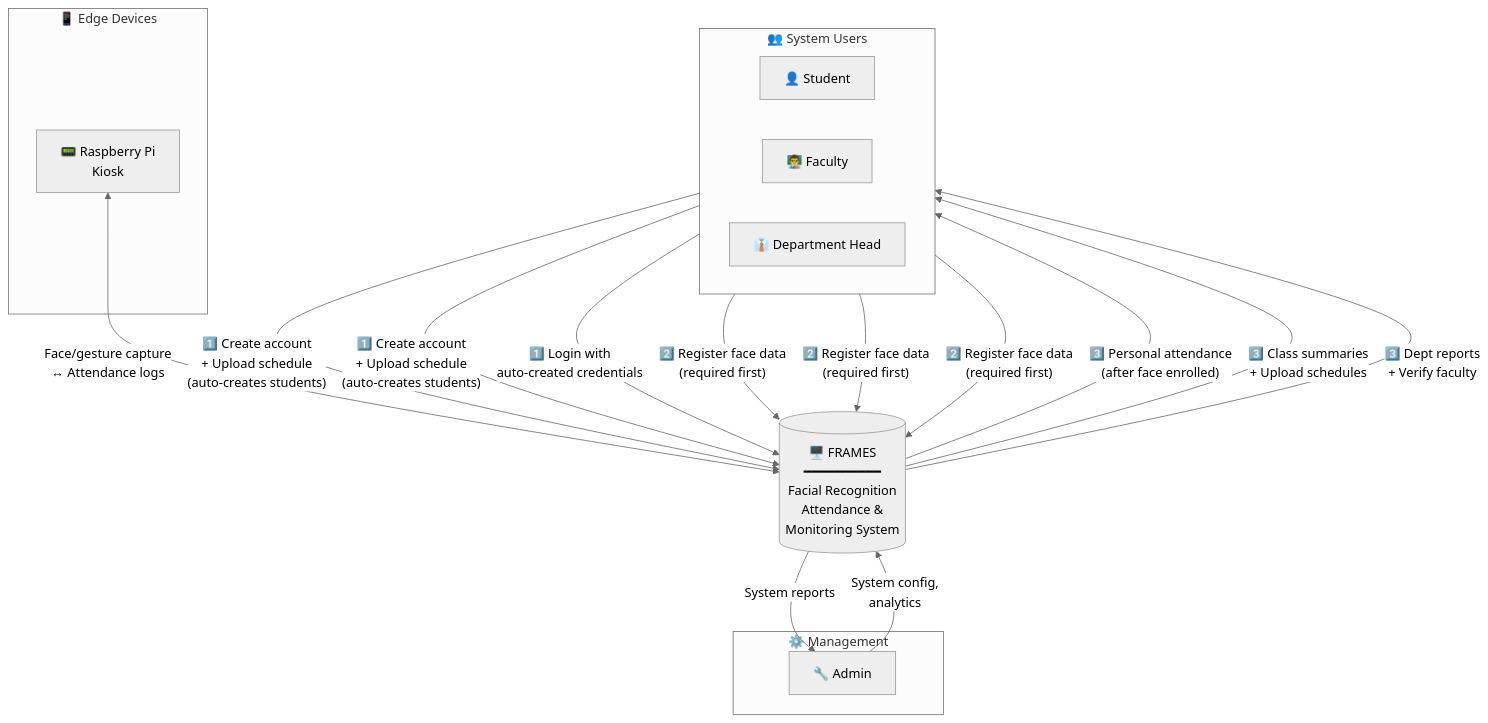
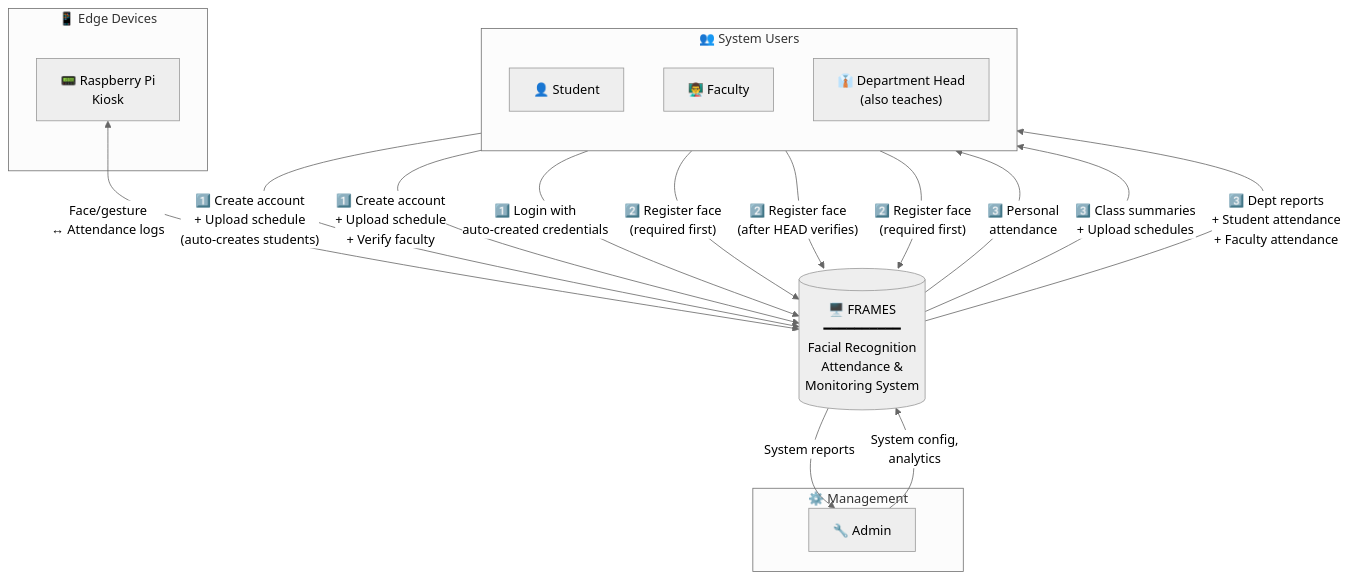
Before and after one commit to EannMon/FRAMESCAPSTONE: the first of 14 diagrams in documentation/database/FRAMES_Data_Flow_Diagram.md, drawn with Mermaid (neutral theme). The commit also changed other lines of this file and 1 other file, not shown here.

````diff
--- a/documentation/database/FRAMES_Data_Flow_Diagram.md
+++ b/documentation/database/FRAMES_Data_Flow_Diagram.md
@@ -22,38 +25,41 @@
 ```mermaid
 flowchart TB
     subgraph USERS["👥 System Users"]
-        direction LR
+        direction TB
         STU["👤 Student"]
         FAC["👨‍🏫 Faculty"]
-        HEAD["👔 Department Head"]
+        HEAD["👔 Department Head<br/>(also teaches)"]
     end
 
     subgraph MGMT["⚙️ Management"]
         ADMIN["🔧 Admin"]
     end
 
     subgraph EDGE["📱 Edge Devices"]
-        KIOSK["📟 Raspberry Pi\nKiosk"]
+        KIOSK["📟 Raspberry Pi<br/>Kiosk"]
     end
 
-    FRAMES[("🖥️ FRAMES\n━━━━━━━━━━\nFacial Recognition\nAttendance &\nMonitoring System")]
+    FRAMES[("🖥️ FRAMES<br/>━━━━━━━━━━<br/>Facial Recognition<br/>Attendance &<br/>Monitoring System")]
 
     %% STEP 1: Account Creation (by Faculty/Head or self-register)
-    FAC & HEAD -->|"1️⃣ Create account\n+ Upload schedule\n(auto-creates students)"| FRAMES
-    STU -->|"1️⃣ Login with\nauto-created credentials"| FRAMES
+    FAC -->|"1️⃣ Create account<br/>+ Upload schedule<br/>(auto-creates students)"| FRAMES
+    HEAD -->|"1️⃣ Create account<br/>+ Upload schedule<br/>+ Verify faculty"| FRAMES
+    STU -->|"1️⃣ Login with<br/>auto-created credentials"| FRAMES
 
     %% STEP 2: Mandatory Face Enrollment (BEFORE dashboard access)
-    STU & FAC & HEAD -->|"2️⃣ Register face data\n(required first)"| FRAMES
+    STU -->|"2️⃣ Register face<br/>(required first)"| FRAMES
+    FAC -->|"2️⃣ Register face<br/>(after HEAD verifies)"| FRAMES
+    HEAD -->|"2️⃣ Register face<br/>(required first)"| FRAMES
 
     %% STEP 3: Dashboard Access (AFTER face enrollment)
-    FRAMES -->|"3️⃣ Personal attendance\n(after face enrolled)"| STU
-    FRAMES -->|"3️⃣ Class summaries\n+ Upload schedules"| FAC
-    FRAMES -->|"3️⃣ Dept reports\n+ Verify faculty"| HEAD
+    FRAMES -->|"3️⃣ Personal<br/>attendance"| STU
+    FRAMES -->|"3️⃣ Class summaries<br/>+ Upload schedules"| FAC
+    FRAMES -->|"3️⃣ Dept reports<br/>+ Student attendance<br/>+ Faculty attendance"| HEAD
 
     %% Admin (no face enrollment needed)
-    ADMIN -->|"System config,\nanalytics"| FRAMES
+    ADMIN -->|"System config,<br/>analytics"| FRAMES
     FRAMES -->|"System reports"| ADMIN
 
     %% Kiosk Attendance
-    KIOSK <-->|"Face/gesture capture\n↔ Attendance logs"| FRAMES
+    KIOSK <-->|"Face/gesture<br/>↔ Attendance logs"| FRAMES
 ```
````
